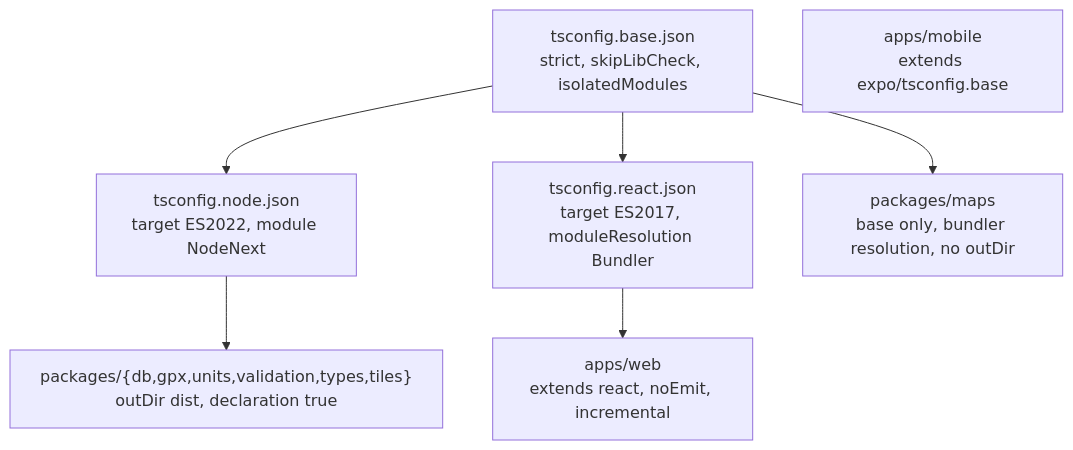
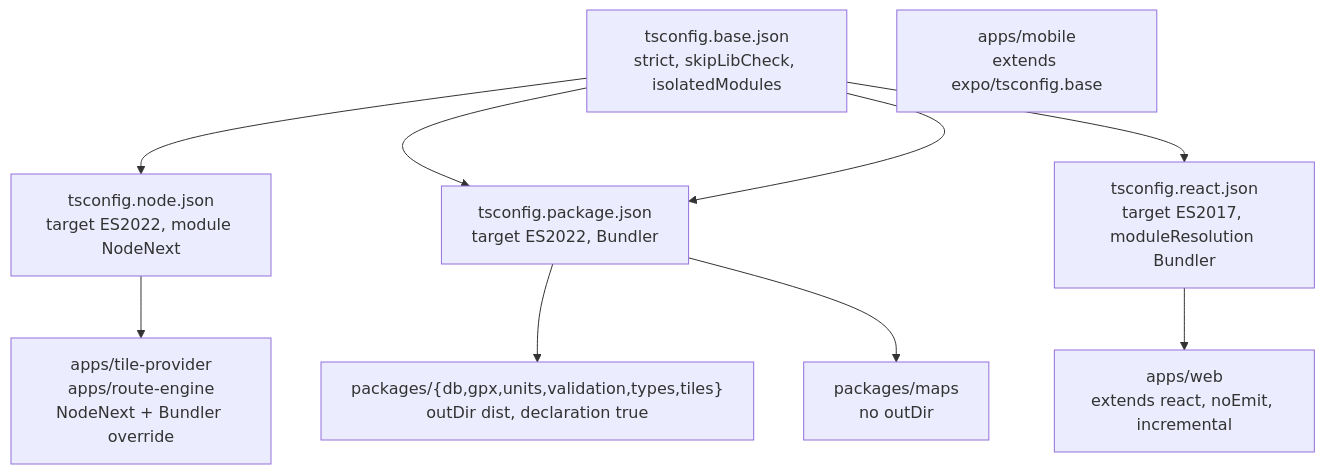
Before and after one commit to siddharth-udupa/Kinetic: the first of 12 diagrams in ARCHITECTURE.md, drawn with Mermaid. The commit also changed other lines of this file and 10 other files, not shown here.

````diff
--- a/ARCHITECTURE.md
+++ b/ARCHITECTURE.md
@@ -133,14 +133,17 @@
 ```mermaid
 graph TD
   B["tsconfig.base.json<br/>strict, skipLibCheck, isolatedModules"]
   N["tsconfig.node.json<br/>target ES2022, module NodeNext"]
+  P["tsconfig.package.json<br/>target ES2022, Bundler"]
   R["tsconfig.react.json<br/>target ES2017, moduleResolution Bundler"]
   P1["packages/{db,gpx,units,validation,types,tiles}<br/>outDir dist, declaration true"]
-  P2["packages/maps<br/>base only, bundler resolution, no outDir"]
+  P2["packages/maps<br/>no outDir"]
+  N1["apps/tile-provider<br/>apps/route-engine<br/>NodeNext + Bundler override"]
   W["apps/web<br/>extends react, noEmit, incremental"]
   M["apps/mobile<br/>extends expo/tsconfig.base"]
-  B --> N --> P1
+  B --> N --> N1
+  B --> P --> P1
+  B --> P --> P2
   B --> R --> W
-  B --> P2
   M
 ```
````
